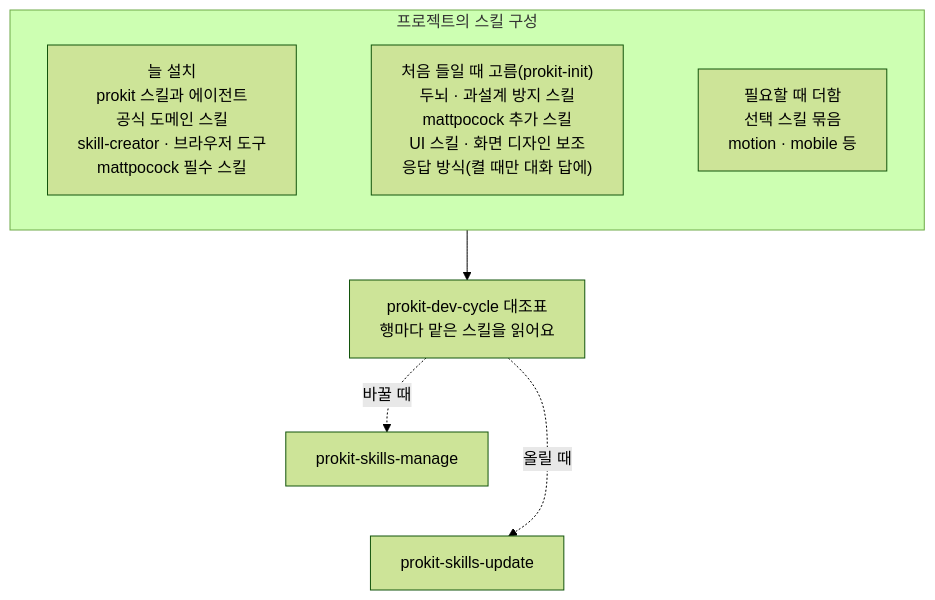
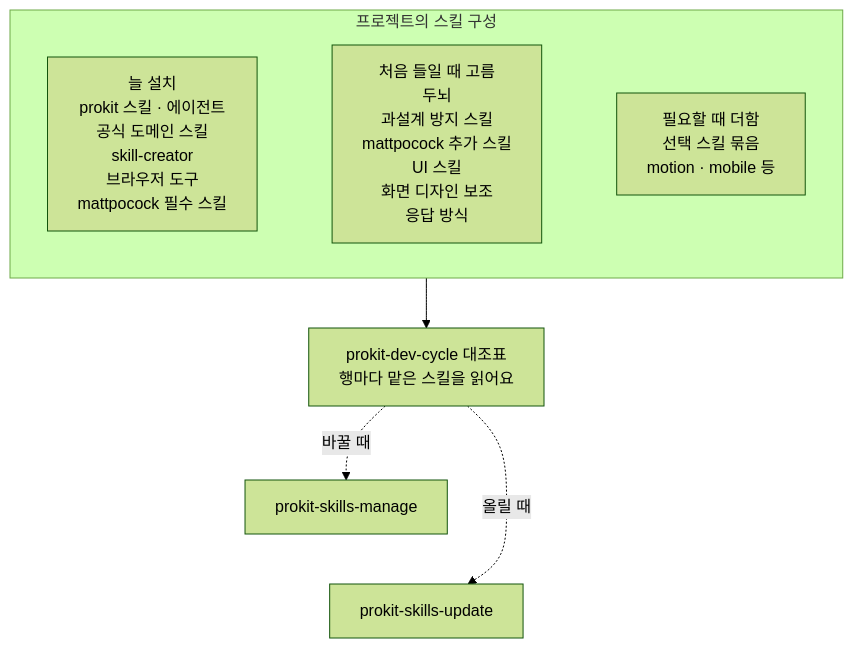
The first of 4 diagrams in handbook/skills/brains.md (roadkwon-ai/pro-kit), drawn with Mermaid (forest theme) before and after one commit. The commit also changed other lines of this file and 50 other files, not shown here.

````diff
--- a/handbook/skills/brains.md
+++ b/handbook/skills/brains.md
@@ -64,20 +64,20 @@
 ```mermaid
 ---
 config:
   flowchart:
     wrappingWidth: 200
 ---
 flowchart TB
   accTitle: 스킬 구성 전체 지도
   accDescr: 늘 설치하는 것, 처음 들일 때 고르는 것, 필요할 때 더하는 것이 모두 prokit-dev-cycle 대조표로 이어져요. 대조표에서 바꿀 때는 prokit-skills-manage, 올릴 때는 prokit-skills-update로 가요.
   subgraph K["프로젝트의 스킬 구성"]
-    A["늘 설치<br/>prokit 스킬과 에이전트<br/>공식 도메인 스킬<br/>skill-creator · 브라우저 도구<br/>mattpocock 필수 스킬"]
-    P["처음 들일 때 고름(prokit-init)<br/>두뇌 · 과설계 방지 스킬<br/>mattpocock 추가 스킬<br/>UI 스킬 · 화면 디자인 보조<br/>응답 방식(켤 때만 대화 답에)"]
+    A["늘 설치<br/>prokit 스킬 · 에이전트<br/>공식 도메인 스킬<br/>skill-creator<br/>브라우저 도구<br/>mattpocock 필수 스킬"]
+    P["처음 들일 때 고름<br/>두뇌<br/>과설계 방지 스킬<br/>mattpocock 추가 스킬<br/>UI 스킬<br/>화면 디자인 보조<br/>응답 방식"]
     O["필요할 때 더함<br/>선택 스킬 묶음<br/>motion · mobile 등"]
     A ~~~ P ~~~ O
   end
   K --> DC["prokit-dev-cycle 대조표<br/>행마다 맡은 스킬을 읽어요"]
   DC -.->|"바꿀 때"| CH["prokit-skills-manage"]
   CH ~~~ UP
   DC -.->|"올릴 때"| UP["prokit-skills-update"]
 ```
````
